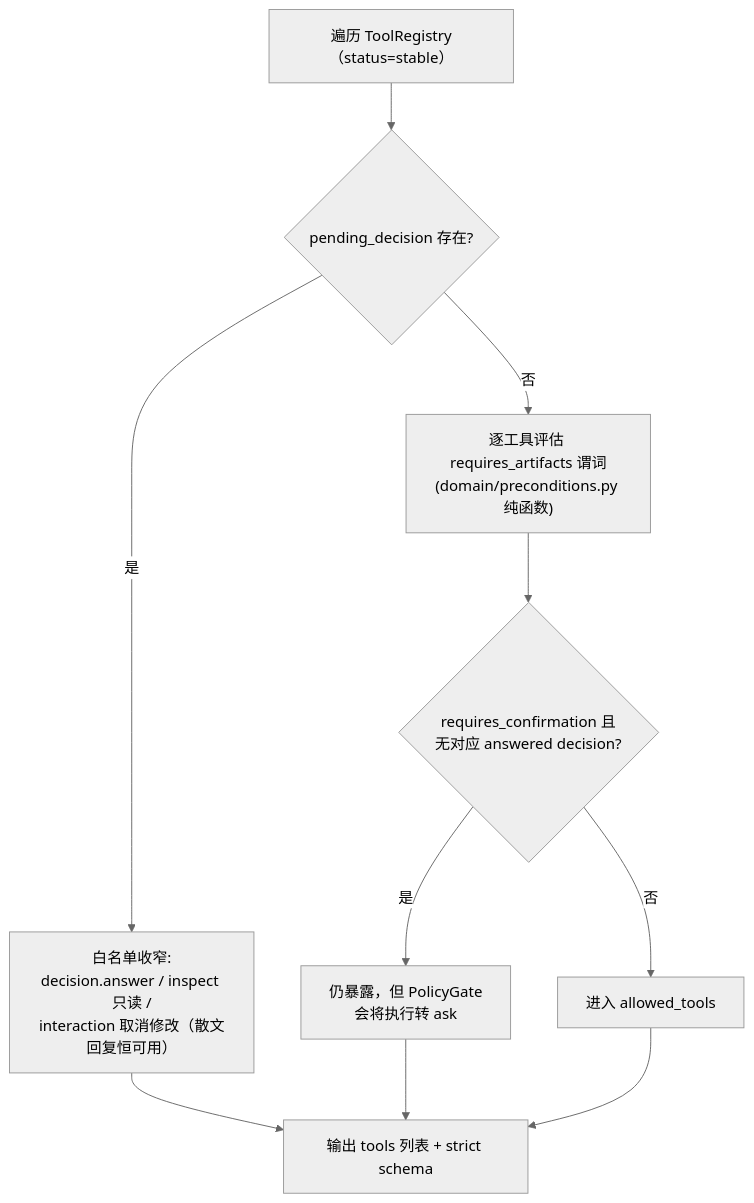
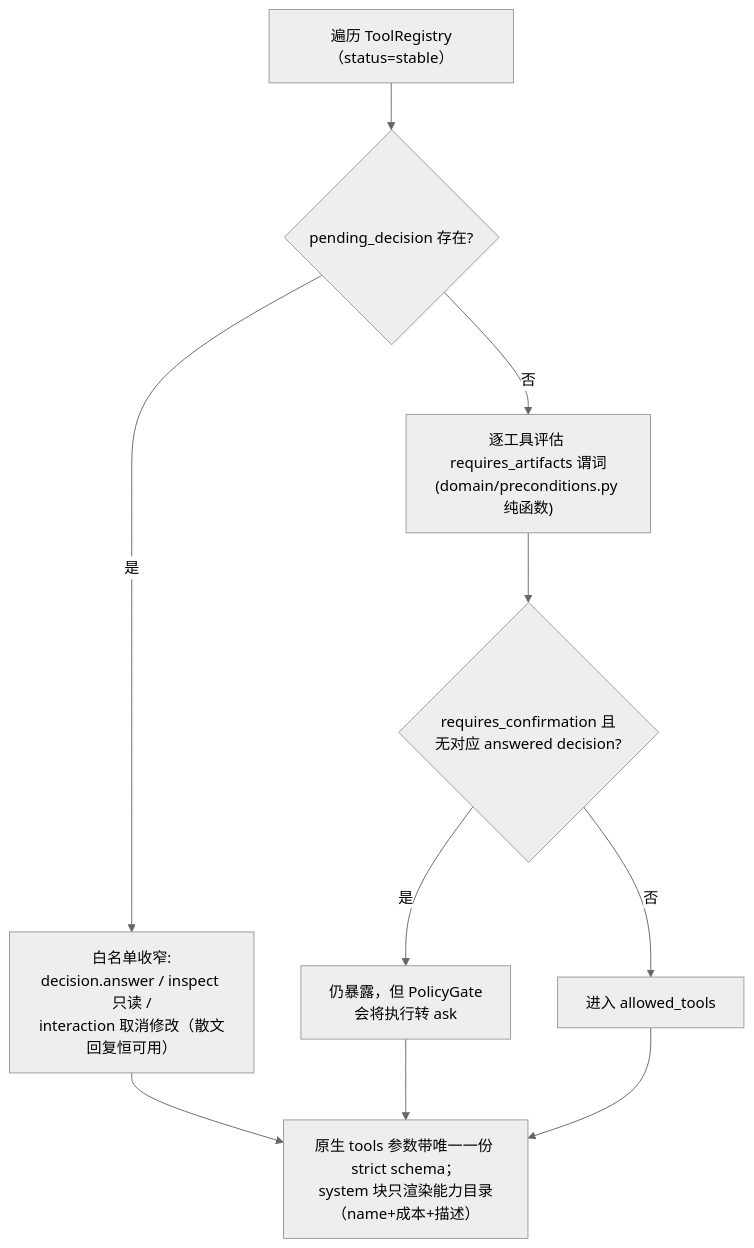
Before and after one commit to nanzhi84/Rushes: the sixth of 23 diagrams in PRD.md, drawn with Mermaid (neutral theme). The commit also changed other lines of this file and 42 other files, not shown here.

````diff
--- a/PRD.md
+++ b/PRD.md
@@ -597,12 +597,12 @@
 ```mermaid
 flowchart TB
   A["遍历 ToolRegistry（status=stable）"] --> B{"pending_decision 存在?"}
   B -->|是| C["白名单收窄:<br/>decision.answer / inspect 只读 /<br/>interaction 取消修改（散文回复恒可用）"]
   B -->|否| D["逐工具评估 requires_artifacts 谓词<br/>(domain/preconditions.py 纯函数)"]
   D --> E{"requires_confirmation 且<br/>无对应 answered decision?"}
   E -->|是| F["仍暴露，但 PolicyGate<br/>会将执行转 ask"]
   E -->|否| G["进入 allowed_tools"]
-  C --> H["输出 tools 列表 + strict schema"]
+  C --> H["原生 tools 参数带唯一一份 strict schema；<br/>system 块只渲染能力目录（name+成本+描述）"]
   F --> H
   G --> H
 ```
````
